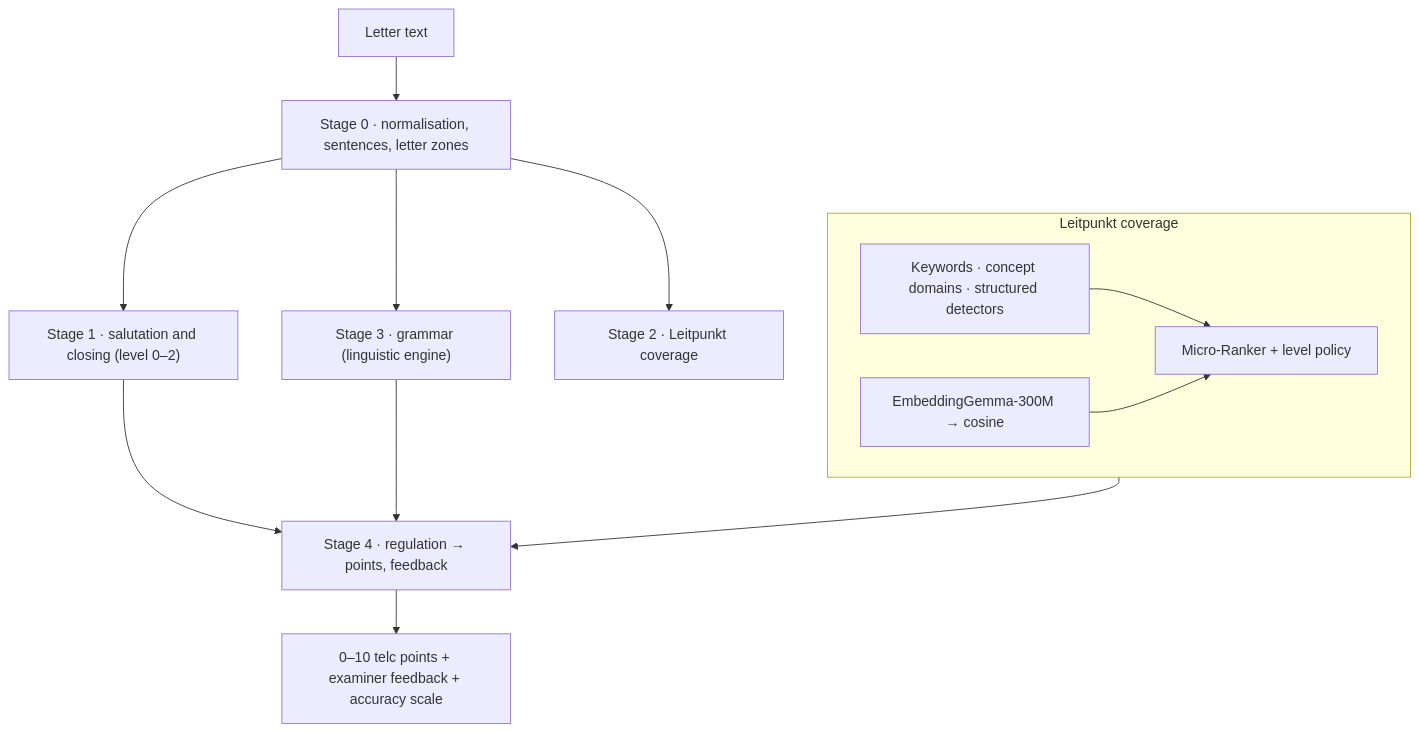
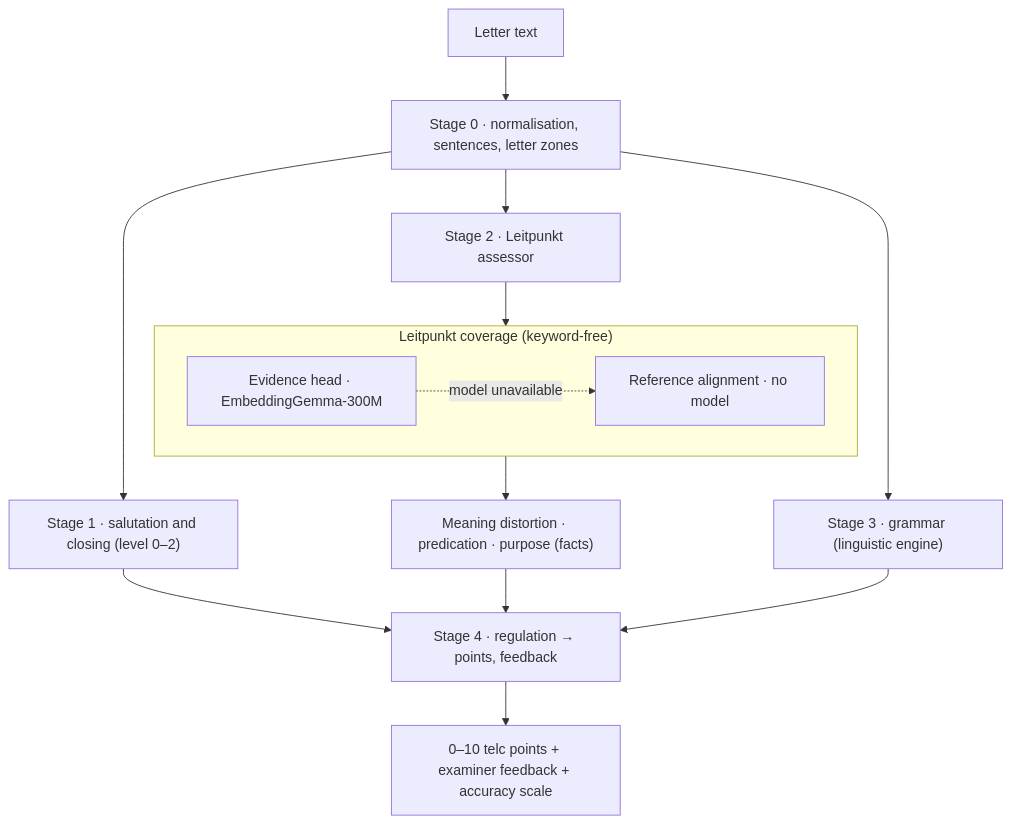
The diagram in docs/architecture/schreiben-grading.md (soldrag/telcA1), drawn with Mermaid before and after one commit. The commit also changed other lines of this file and 135 other files, not shown here.

````diff
--- a/docs/architecture/schreiben-grading.md
+++ b/docs/architecture/schreiben-grading.md
@@ -13,16 +13,16 @@
 ```mermaid
 flowchart TD
     Input["Letter text"] --> S0["Stage 0 · normalisation, sentences, letter zones"]
     S0 --> S1["Stage 1 · salutation and closing (level 0–2)"]
-    S0 --> S2["Stage 2 · Leitpunkt coverage"]
-    subgraph S2d["Leitpunkt coverage"]
-        KW["Keywords · concept domains · structured detectors"]
-        Emb["EmbeddingGemma-300M → cosine"]
-        MR["Micro-Ranker + level policy"]
-        KW --> MR
-        Emb --> MR
+    S0 --> S2["Stage 2 · Leitpunkt assessor"]
+    subgraph S2d["Leitpunkt coverage (keyword-free)"]
+        EH["Evidence head · EmbeddingGemma-300M"]
+        RA["Reference alignment · no model"]
+        EH -. model unavailable .-> RA
     end
+    S2 --> S2d
     S0 --> S3["Stage 3 · grammar (linguistic engine)"]
-    S1 & S2d & S3 --> S4["Stage 4 · regulation → points, feedback"]
+    S2d --> D["Meaning distortion · predication · purpose (facts)"]
+    S1 & D & S3 --> S4["Stage 4 · regulation → points, feedback"]
     S4 --> Out["0–10 telc points + examiner feedback + accuracy scale"]
 ```
````
